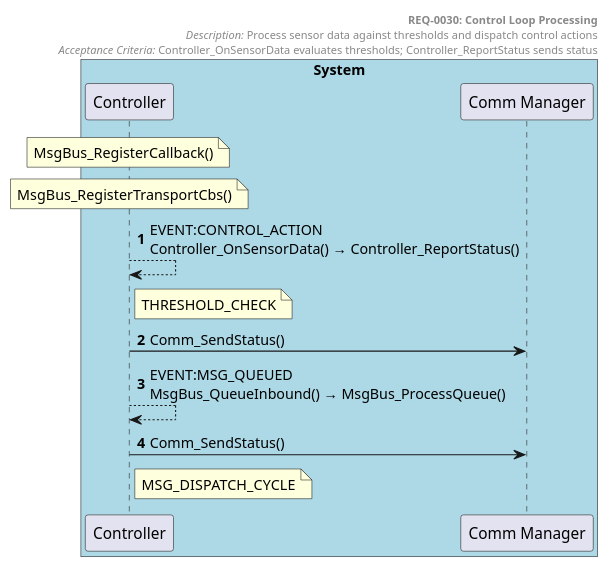
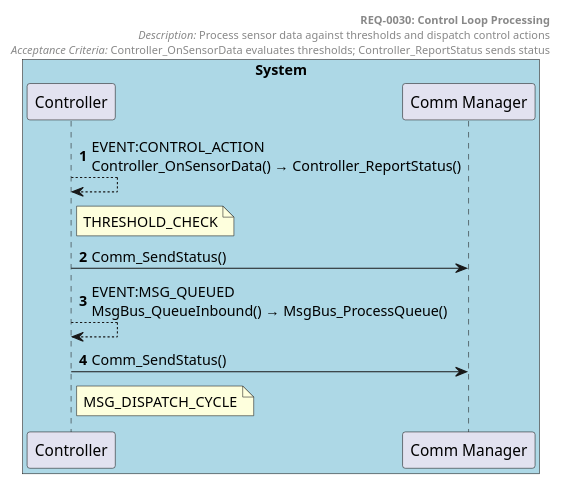
Before and after one commit to tvanfossen/doxygen-guard-example: the diagram in docs/generated/sequences/REQ-0030.puml, drawn with PlantUML. The commit also changed 9 other files, not shown here.

First line of the commit message:
Add @supports and @assumes tags, regenerate diagrams

```diff
--- a/docs/generated/sequences/REQ-0030.puml
+++ b/docs/generated/sequences/REQ-0030.puml
@@ -1,25 +1,23 @@
 @startuml REQ-0030 Control Loop Processing
 autonumber
 
 box "System" #LightBlue
   participant "Controller" as Controller
   participant "Comm Manager" as Comm_Manager
 end box
 
 header
   **REQ-0030: Control Loop Processing**
   //Description:// Process sensor data against thresholds and dispatch control actions
   //Acceptance Criteria:// Controller_OnSensorData evaluates thresholds; Controller_ReportStatus sends status
 end header
 
-note over Controller: MsgBus_RegisterCallback()
-note over Controller: MsgBus_RegisterTransportCbs()
 
 Controller --> Controller: EVENT:CONTROL_ACTION\nController_OnSensorData() → Controller_ReportStatus()
 note right of Controller: THRESHOLD_CHECK
 Controller -> Comm_Manager: Comm_SendStatus()
 Controller --> Controller: EVENT:MSG_QUEUED\nMsgBus_QueueInbound() → MsgBus_ProcessQueue()
 Controller -> Comm_Manager: Comm_SendStatus()
 note right of Controller: MSG_DISPATCH_CYCLE
 
 @enduml
```
